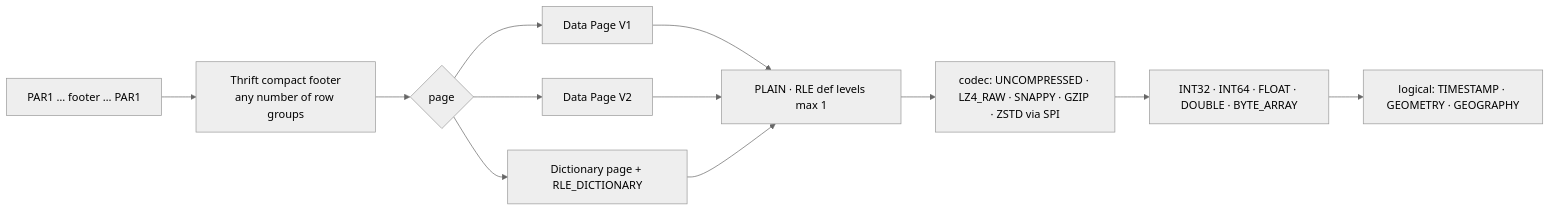
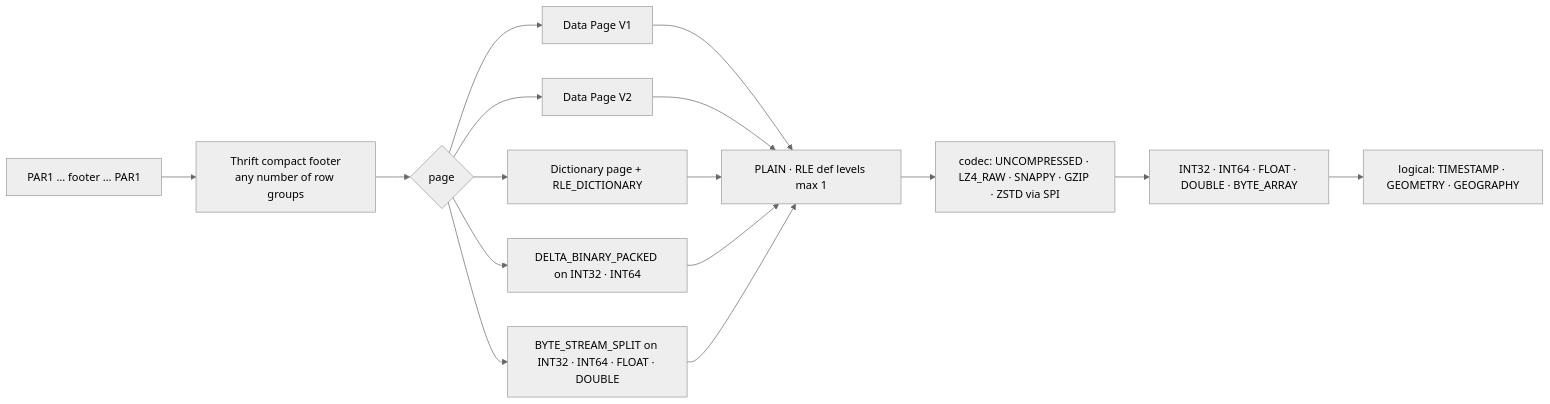
One commit to walkthru-earth/opensensor-space-mobile changed the diagram in docs/parquet.md. Above: the diagram before and after it, drawn with Mermaid (neutral theme). The commit also changed other lines of this file and 41 other files, not shown here.

First line of the commit message:
Parquet DELTA and BYTE_STREAM_SPLIT decoders and a disk block cache (#103)

````diff
--- a/docs/parquet.md
+++ b/docs/parquet.md
@@ -79,12 +87,14 @@
 ```mermaid
 flowchart LR
   F[PAR1 … footer … PAR1] --> T[Thrift compact footer<br/>any number of row groups]
   T --> P{page}
   P --> V1[Data Page V1]
   P --> V2[Data Page V2]
   P --> DP[Dictionary page + RLE_DICTIONARY]
-  V1 & V2 & DP --> E[PLAIN · RLE def levels max 1]
+  P --> DE[DELTA_BINARY_PACKED on INT32 · INT64]
+  P --> BS[BYTE_STREAM_SPLIT on INT32 · INT64 · FLOAT · DOUBLE]
+  V1 & V2 & DP & DE & BS --> E[PLAIN · RLE def levels max 1]
   E --> C[codec: UNCOMPRESSED · LZ4_RAW · SNAPPY · GZIP · ZSTD via SPI]
   C --> TY[INT32 · INT64 · FLOAT · DOUBLE · BYTE_ARRAY]
   TY --> L[logical: TIMESTAMP · GEOMETRY · GEOGRAPHY]
 ```
````
